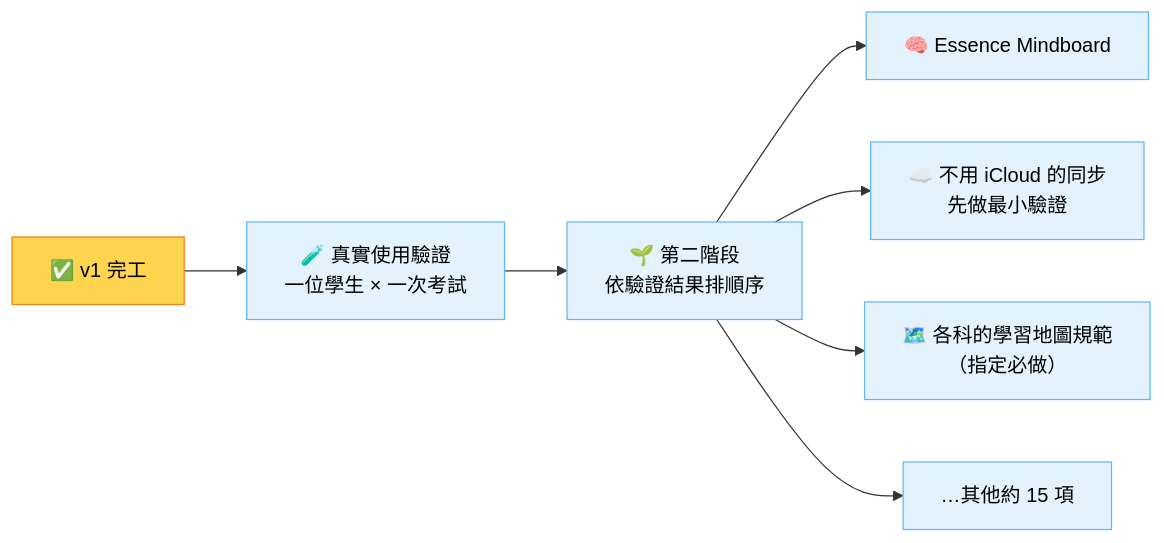
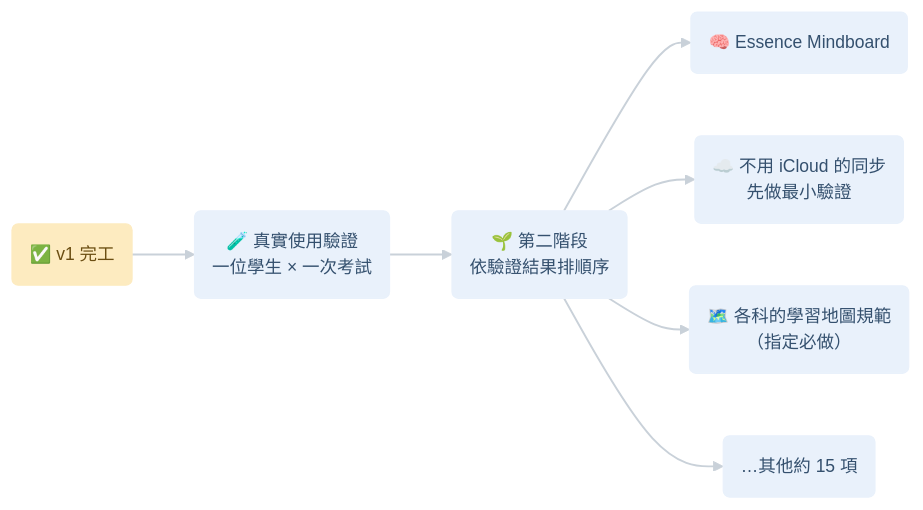
Before and after one commit to kuohappiness/Essence-Cards: the third of 3 diagrams in docs/v1-progress-draft.md, drawn with Mermaid. The commit also changed other lines of this file, not shown here.

First line of the commit message:
docs: soften the v1 progress draft's Mermaid colours, drop node borders

````diff
--- a/docs/v1-progress-draft.md
+++ b/docs/v1-progress-draft.md
@@ -106,12 +108,14 @@
 ```mermaid
+%%{init: {"theme": "base", "themeVariables": {"fontSize": "14px", "primaryTextColor": "#37474f", "lineColor": "#c9d1d9"}, "flowchart": {"curve": "basis", "padding": 14}}}%%
 flowchart LR
-  A["✅ v1 完工"]:::now --> B["🧪 真實使用驗證<br/>一位學生 × 一次考試"]
-  B --> C["🌱 第二階段<br/>依驗證結果排順序"]
-  C --> D["🧠 Essence Mindboard"]
-  C --> E["☁️ 不用 iCloud 的同步<br/>先做最小驗證"]
-  C --> F["🗺️ 各科的學習地圖規範<br/>（指定必做）"]
-  C --> G["…其他約 15 項"]
-  classDef now fill:#ffd54f,stroke:#f57f17,color:#000
-  classDef later fill:#e3f2fd,stroke:#64b5f6,color:#000
+  A("✅ v1 完工"):::now --> B("🧪 真實使用驗證<br/>一位學生 × 一次考試")
+  B --> C("🌱 第二階段<br/>依驗證結果排順序")
+  C --> D("🧠 Essence Mindboard")
+  C --> E("☁️ 不用 iCloud 的同步<br/>先做最小驗證")
+  C --> F("🗺️ 各科的學習地圖規範<br/>（指定必做）")
+  C --> G("…其他約 15 項")
+  classDef now fill:#fdebc0,stroke:#fdebc0,color:#6b4e12
+  classDef later fill:#e9f1fb,stroke:#e9f1fb,color:#34506e
   class B,C,D,E,F,G later
+  linkStyle default stroke:#c9d1d9,stroke-width:1.5px
 ```
````
